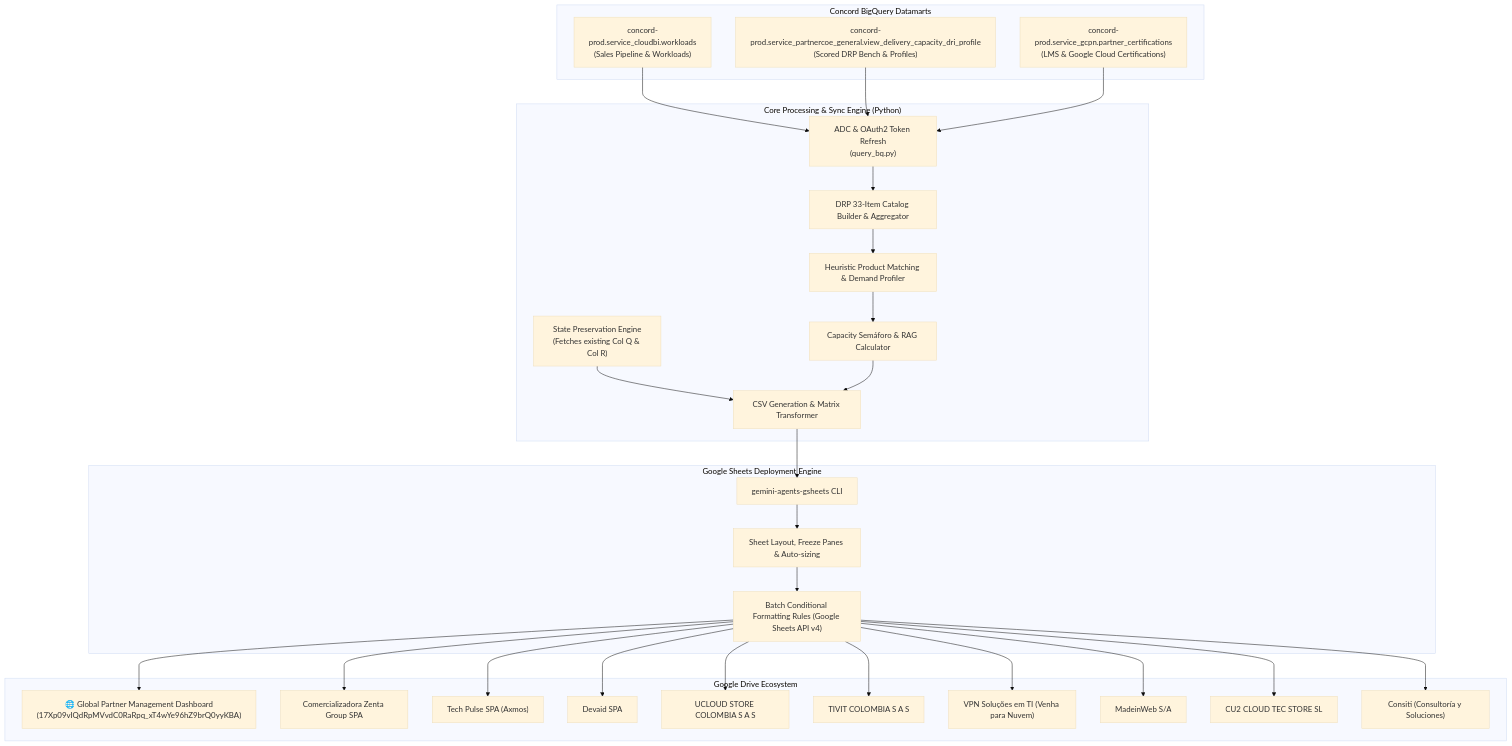
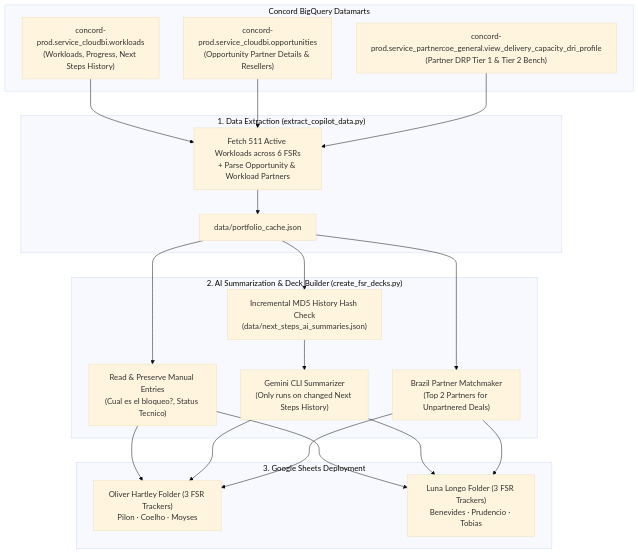
The diagram in README.md (oliverhartley/Decks_My_Partners), drawn with Mermaid (base theme) before and after one commit. The commit also changed other lines of this file and 183 other files, not shown here.

Commit message:
Daily automated sync of Partner Action Trackers, Growth tabs and Global Dashboard

````diff
--- a/README.md
+++ b/README.md
@@ -47,61 +55,40 @@
 ```mermaid
 flowchart TD
-    subgraph BigQuery_Datamarts ["Concord BigQuery Datamarts"]
-        BQ_WKL["concord-prod.service_cloudbi.workloads<br/>(Sales Pipeline & Workloads)"]
-        BQ_DRP["concord-prod.service_partnercoe_general.view_delivery_capacity_dri_profile<br/>(Scored DRP Bench & Profiles)"]
-        BQ_ACC["concord-prod.service_gcpn.partner_certifications<br/>(LMS & Google Cloud Certifications)"]
+    subgraph BigQuery ["Concord BigQuery Datamarts"]
+        BQ_W["concord-prod.service_cloudbi.workloads<br/>(Workloads, Progress, Next Steps History)"]
+        BQ_O["concord-prod.service_cloudbi.opportunities<br/>(Opportunity Partner Details & Resellers)"]
+        BQ_DRP["concord-prod.service_partnercoe_general.view_delivery_capacity_dri_profile<br/>(Partner DRP Tier 1 & Tier 2 Bench)"]
     end
 
-    subgraph Sync_Engine ["Core Processing & Sync Engine (Python)"]
-        AUTH["ADC & OAuth2 Token Refresh<br/>(query_bq.py)"]
-        CATALOG["DRP 33-Item Catalog Builder & Aggregator"]
-        MATCH["Heuristic Product Matching & Demand Profiler"]
-        RAG["Capacity Semáforo & RAG Calculator"]
-        PRESERVE["State Preservation Engine<br/>(Fetches existing Col Q & Col R)"]
-        BUILDER["CSV Generation & Matrix Transformer"]
+    subgraph Ingestion ["1. Data Extraction (extract_copilot_data.py)"]
+        INGEST["Fetch 511 Active Workloads across 6 FSRs<br/>+ Parse Opportunity & Workload Partners"]
+        CACHE["data/portfolio_cache.json"]
     end
 
-    subgraph GSheets_Pipeline ["Google Sheets Deployment Engine"]
-        GSHEETS_CLI["gemini-agents-gsheets CLI"]
-        FORMAT["Sheet Layout, Freeze Panes & Auto-sizing"]
-        RULES["Batch Conditional Formatting Rules (Google Sheets API v4)"]
+    subgraph AI_And_Build ["2. AI Summarization & Deck Builder (create_fsr_decks.py)"]
+        MANUAL["Read & Preserve Manual Entries<br/>(Cual es el bloqueo?, Status Tecnico)"]
+        AICACHE["Incremental MD5 History Hash Check<br/>(data/next_steps_ai_summaries.json)"]
+        GEMINI["Gemini CLI Summarizer<br/>(Only runs on changed Next Steps History)"]
+        MATCH["Brazil Partner Matchmaker<br/>(Top 2 Partners for Unpartnered Deals)"]
     end
 
-    subgraph Destinations ["Google Drive Ecosystem"]
-        MASTER["🌐 Global Partner Management Dashboard<br/>(17Xp09vIQdRpMVvdC0RaRpq_xT4wYe96hZ9brQ0yyKBA)"]
-        P1["Comercializadora Zenta Group SPA"]
-        P2["Tech Pulse SPA (Axmos)"]
-        P3["Devaid SPA"]
-        P4["UCLOUD STORE COLOMBIA S A S"]
-        P5["TIVIT COLOMBIA S A S"]
-        P6["VPN Soluções em TI (Venha para Nuvem)"]
-        P7["MadeinWeb S/A"]
-        P8["CU2 CLOUD TEC STORE SL"]
-        P9["Consiti (Consultoría y Soluciones)"]
+    subgraph Sheets ["3. Google Sheets Deployment"]
+        OLIVER_SHEETS["Oliver Hartley Folder (3 FSR Trackers)<br/>Pilon · Coelho · Moyses"]
+        LUNA_SHEETS["Luna Longo Folder (3 FSR Trackers)<br/>Benevides · Prudencio · Tobias"]
     end
 
-    BQ_WKL --> AUTH
-    BQ_DRP --> AUTH
-    BQ_ACC --> AUTH
-
-    AUTH --> CATALOG
-    CATALOG --> MATCH
-    MATCH --> RAG
-    PRESERVE --> BUILDER
-    RAG --> BUILDER
-
-    BUILDER --> GSHEETS_CLI
-    GSHEETS_CLI --> FORMAT
-    FORMAT --> RULES
-
-    RULES --> MASTER
-    RULES --> P1
-    RULES --> P2
-    RULES --> P3
-    RULES --> P4
-    RULES --> P5
-    RULES --> P6
-    RULES --> P7
-    RULES --> P8
-    RULES --> P9
+    BQ_W --> INGEST
+    BQ_O --> INGEST
+    BQ_DRP --> INGEST
+    INGEST --> CACHE
+    CACHE --> MANUAL
+    CACHE --> AICACHE
+    AICACHE --> GEMINI
+    CACHE --> MATCH
+    MANUAL --> OLIVER_SHEETS
+    GEMINI --> OLIVER_SHEETS
+    MATCH --> OLIVER_SHEETS
+    MANUAL --> LUNA_SHEETS
+    GEMINI --> LUNA_SHEETS
+    MATCH --> LUNA_SHEETS
 ```
````
